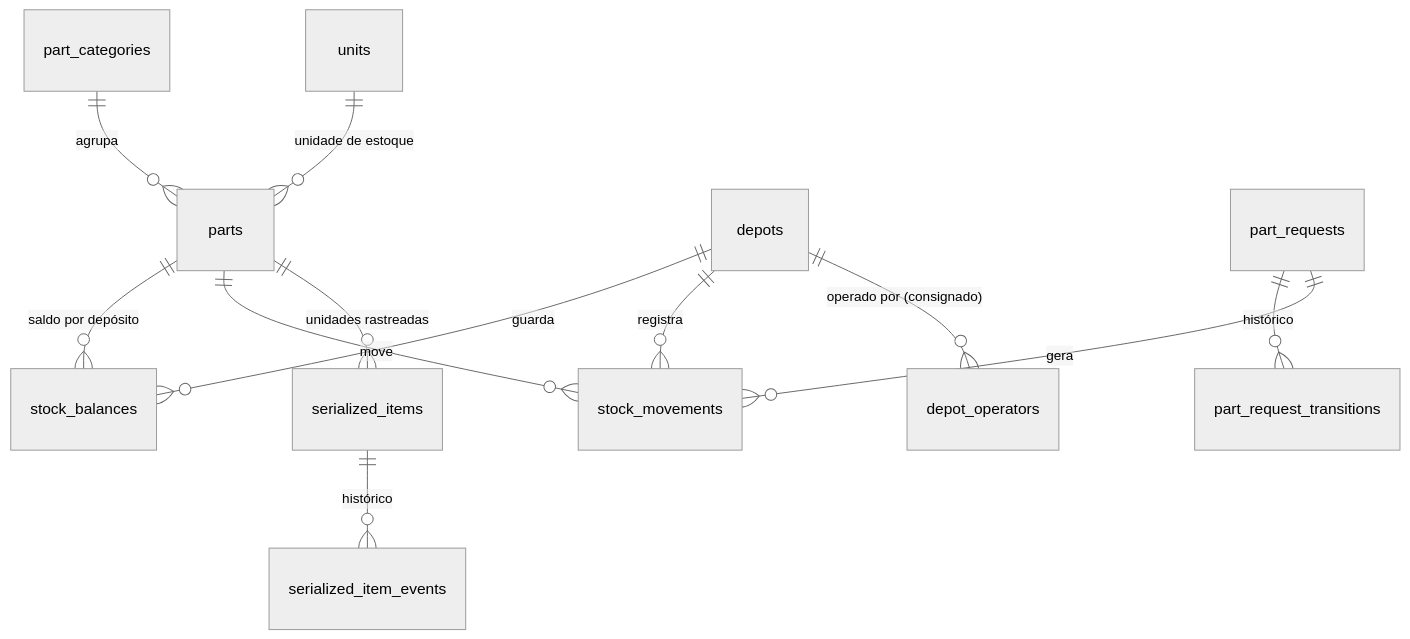
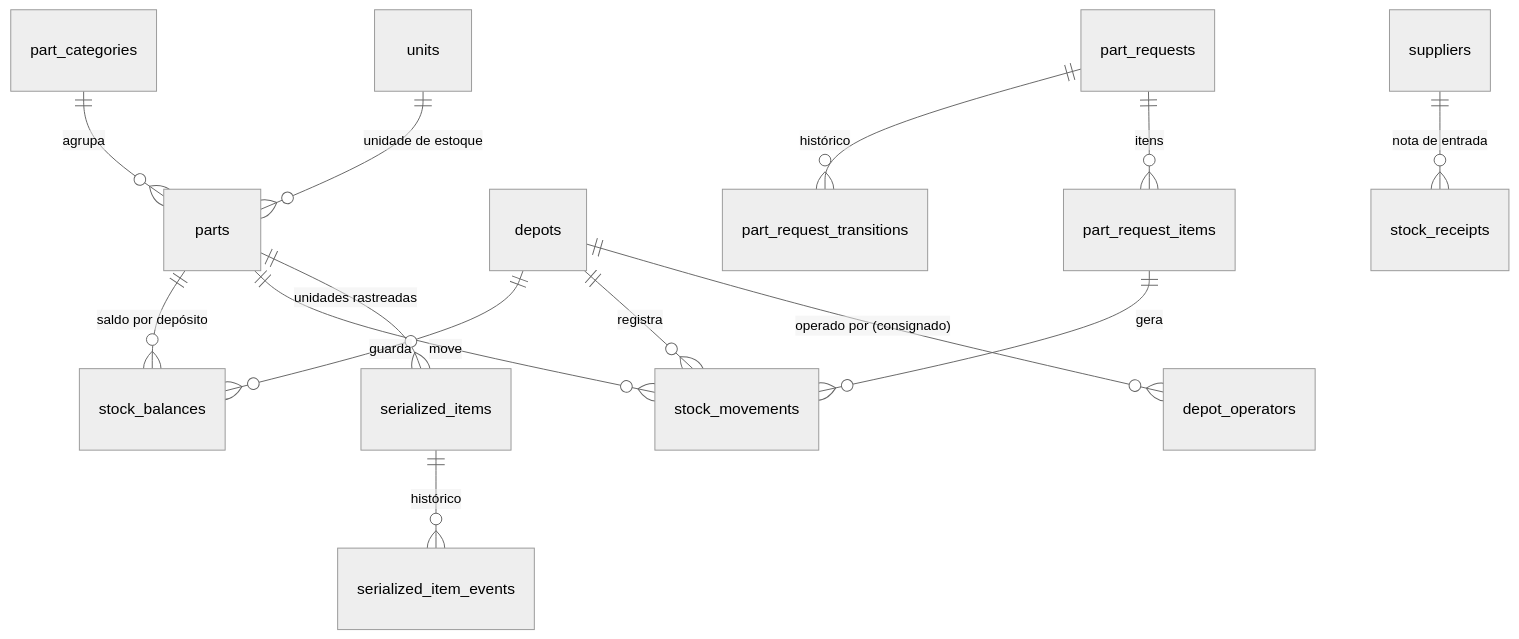
The diagram in docs/truck/engenharia/schema-v2/estoque.md (tamicaires/facter-docs), drawn with Mermaid (neutral theme) before and after one commit. The commit also changed other lines of this file and 8 other files, not shown here.

First line of the commit message:
[FACTDOCS] docs(truck): schema v2 fixed where it simplified the shop floor

````diff
--- a/docs/truck/engenharia/schema-v2/estoque.md
+++ b/docs/truck/engenharia/schema-v2/estoque.md
@@ -11,14 +11,16 @@
 ```mermaid
 erDiagram
   part_categories ||--o{ parts : agrupa
   units ||--o{ parts : "unidade de estoque"
   parts ||--o{ stock_balances : "saldo por depósito"
   depots ||--o{ stock_balances : guarda
   depots ||--o{ stock_movements : registra
   parts ||--o{ stock_movements : move
   parts ||--o{ serialized_items : "unidades rastreadas"
   serialized_items ||--o{ serialized_item_events : histórico
   part_requests ||--o{ part_request_transitions : histórico
-  part_requests ||--o{ stock_movements : gera
+  part_requests ||--o{ part_request_items : itens
+  part_request_items ||--o{ stock_movements : gera
+  suppliers ||--o{ stock_receipts : "nota de entrada"
   depots ||--o{ depot_operators : "operado por (consignado)"
 ```
````
